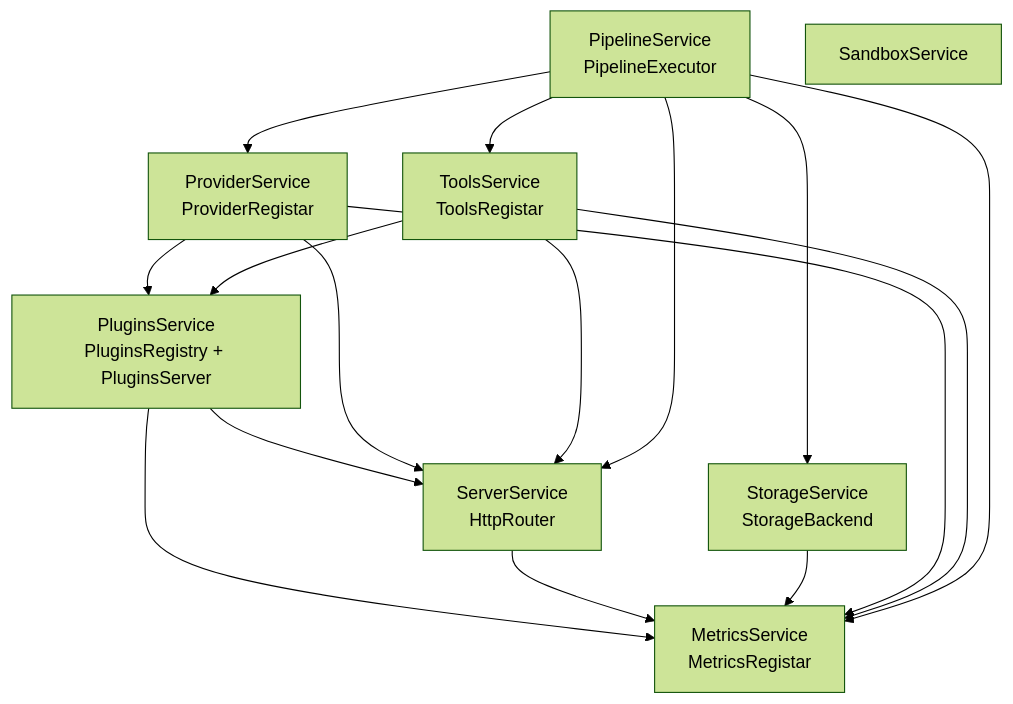
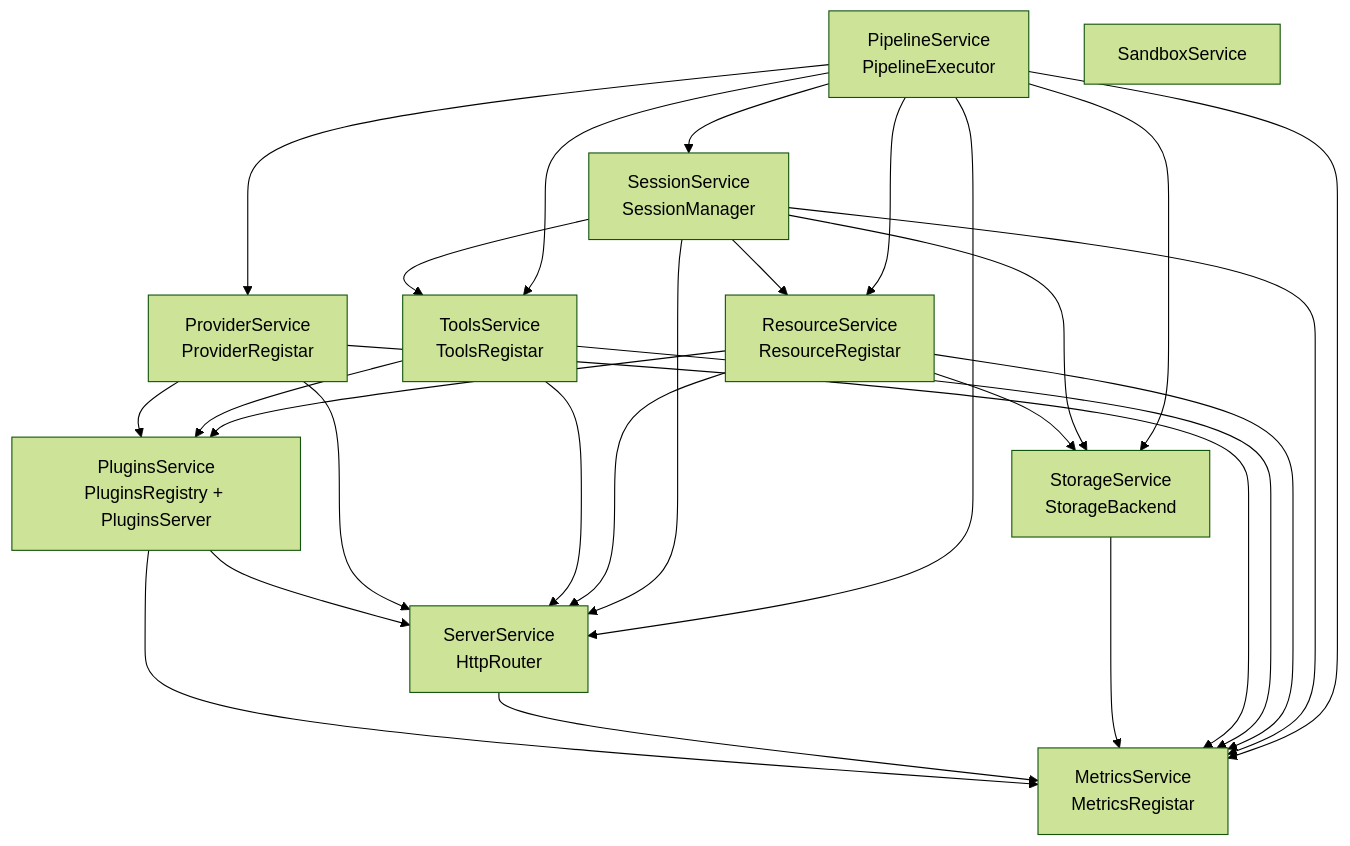
The second of 4 diagrams in CLAUDE.md (mwantia/forge), drawn with Mermaid (forest theme) before and after one commit. The commit also changed other lines of this file and 52 other files, not shown here.

First line of the commit message:
Migrate sessions to content-addressed Merkle DAG and replace memory with resource service

````diff
--- a/CLAUDE.md
+++ b/CLAUDE.md
@@ -128,27 +128,22 @@
 ```mermaid
 flowchart TB
     MET[MetricsService<br/>MetricsRegistar]
     SRV[ServerService<br/>HttpRouter]
     STOR[StorageService<br/>StorageBackend]
     PLUGS[PluginsService<br/>PluginsRegistry + PluginsServer]
     PROV[ProviderService<br/>ProviderRegistar]
     TOOL[ToolsService<br/>ToolsRegistar]
+    SESS[SessionService<br/>SessionManager]
+    RES[ResourceService<br/>ResourceRegistar]
     PIPE[PipelineService<br/>PipelineExecutor]
     SBX[SandboxService]
 
-    PLUGS --> MET
-    PLUGS --> SRV
+    PLUGS --> MET & SRV
     SRV --> MET
     STOR --> MET
-    PROV --> MET
-    PROV --> SRV
-    PROV --> PLUGS
-    TOOL --> MET
-    TOOL --> SRV
-    TOOL --> PLUGS
-    PIPE --> MET
-    PIPE --> SRV
-    PIPE --> STOR
-    PIPE --> PROV
-    PIPE --> TOOL
+    PROV --> MET & SRV & PLUGS
+    TOOL --> MET & SRV & PLUGS
+    RES --> MET & SRV & PLUGS & STOR
+    SESS --> MET & SRV & STOR & TOOL & RES
+    PIPE --> MET & SRV & STOR & PROV & TOOL & SESS & RES
 ```
````
